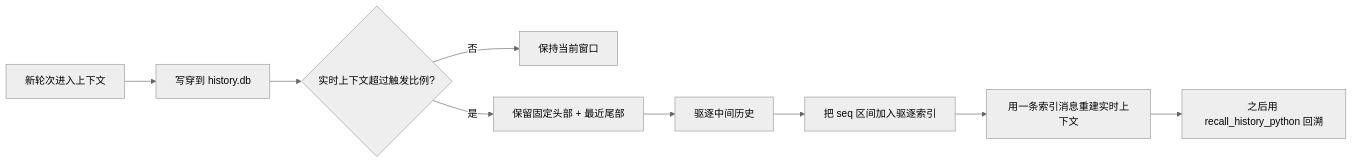
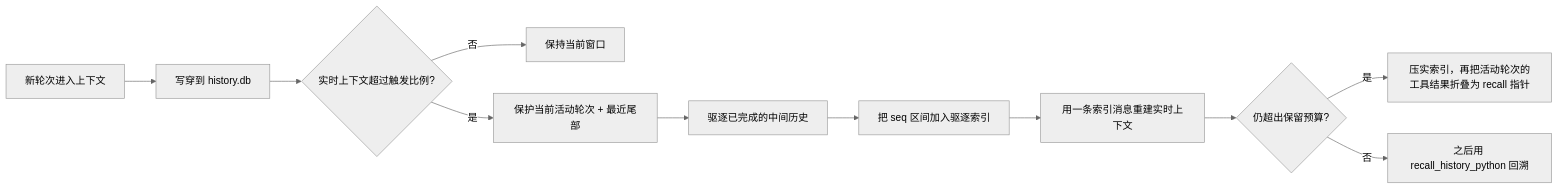
Before and after one commit to x1n95c/QwenPaw-test: the diagram in website/public/docs/context.zh.md, drawn with Mermaid (neutral theme). The commit also changed other lines of this file and 16 other files, not shown here.

````diff
--- a/website/public/docs/context.zh.md
+++ b/website/public/docs/context.zh.md
@@ -25,11 +25,13 @@
 ```mermaid
 flowchart LR
     A[新轮次进入上下文] --> B[写穿到 history.db]
     B --> C{实时上下文超过触发比例?}
     C -->|否| D[保持当前窗口]
-    C -->|是| E[保留固定头部 + 最近尾部]
-    E --> F[驱逐中间历史]
+    C -->|是| E[保护当前活动轮次 + 最近尾部]
+    E --> F[驱逐已完成的中间历史]
     F --> G[把 seq 区间加入驱逐索引]
     G --> H[用一条索引消息重建实时上下文]
-    H --> I[之后用 recall_history_python 回溯]
+    H --> I{仍超出保留预算?}
+    I -->|是| J[压实索引，再把活动轮次的工具结果折叠为 recall 指针]
+    I -->|否| K[之后用 recall_history_python 回溯]
 ```
````
